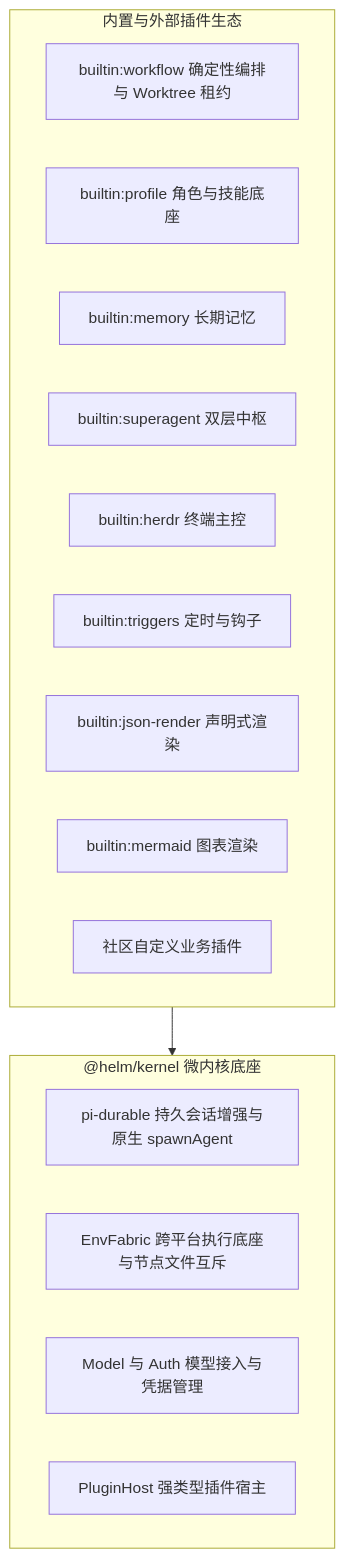
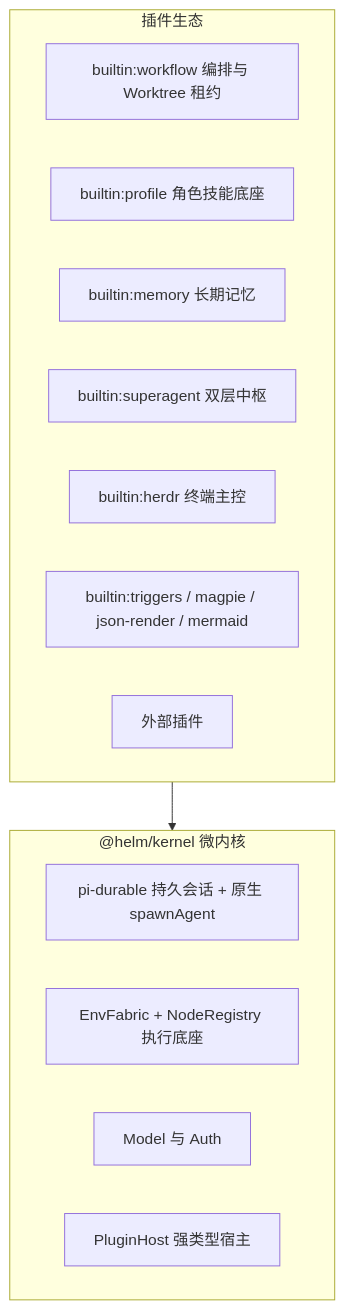
Before and after one commit to team4u/helm: the first of 3 diagrams in docs/architecture/overview.md, drawn with Mermaid. The commit also changed other lines of this file and 67 other files, not shown here.

````diff
--- a/docs/architecture/overview.md
+++ b/docs/architecture/overview.md
@@ -13,23 +16,19 @@
 ```mermaid
 flowchart TD
-    subgraph Core["@helm/kernel 微内核底座"]
-        Durable["pi-durable 持久会话增强与原生 spawnAgent"]
-        Fabric["EnvFabric 跨平台执行底座与节点文件互斥"]
-        ModelAuth["Model 与 Auth 模型接入与凭据管理"]
-        Host["PluginHost 强类型插件宿主"]
+    subgraph Core["@helm/kernel 微内核"]
+        Durable["pi-durable 持久会话 + 原生 spawnAgent"]
+        Fabric["EnvFabric + NodeRegistry 执行底座"]
+        ModelAuth["Model 与 Auth"]
+        Host["PluginHost 强类型宿主"]
     end
-
-    subgraph Plugins["内置与外部插件生态"]
-        Workflow["builtin:workflow 确定性编排与 Worktree 租约"]
-        Profile["builtin:profile 角色与技能底座"]
+    subgraph Plugins["插件生态"]
+        Workflow["builtin:workflow 编排与 Worktree 租约"]
+        Profile["builtin:profile 角色技能底座"]
         Memory["builtin:memory 长期记忆"]
         Superagent["builtin:superagent 双层中枢"]
         Herdr["builtin:herdr 终端主控"]
-        Triggers["builtin:triggers 定时与钩子"]
-        JsonRender["builtin:json-render 声明式渲染"]
-        Mermaid["builtin:mermaid 图表渲染"]
-        Custom["社区自定义业务插件"]
+        Others["builtin:triggers / magpie / json-render / mermaid"]
+        External["外部插件"]
     end
-
     Plugins --> Core
 ```
````
